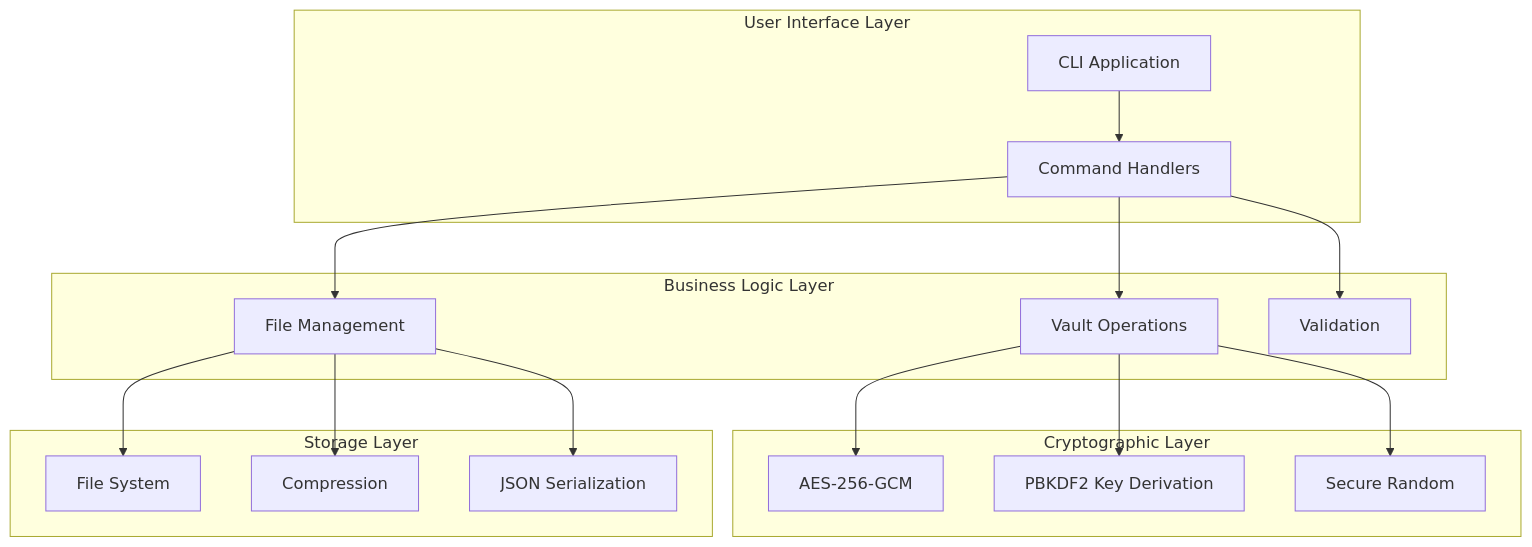
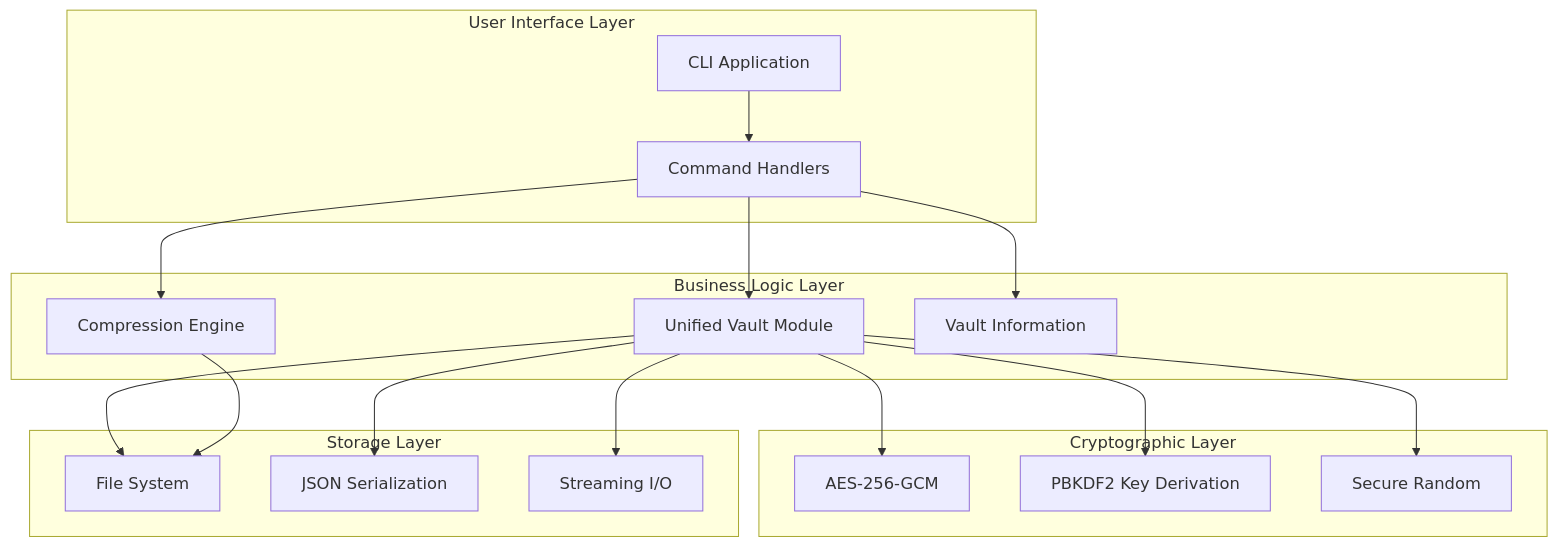
One commit to balamutik/flint-cli changed the first of 5 diagrams in docs/ARCHITECTURE.md. Above: the diagram before and after it, drawn with Mermaid. The commit also changed other lines of this file and 7 other files, not shown here.

````diff
--- a/docs/ARCHITECTURE.md
+++ b/docs/ARCHITECTURE.md
@@ -24,38 +25,39 @@
 ```mermaid
 graph TB
     subgraph "User Interface Layer"
         CLI[CLI Application]
         CMD[Command Handlers]
     end
     
     subgraph "Business Logic Layer"
-        VAULT[Vault Operations]
-        FILE[File Management]
-        VALID[Validation]
+        VAULT[Unified Vault Module]
+        COMP[Compression Engine]
+        INFO[Vault Information]
     end
     
     subgraph "Cryptographic Layer"
         AES[AES-256-GCM]
         PBKDF2[PBKDF2 Key Derivation]
         RAND[Secure Random]
     end
     
     subgraph "Storage Layer"
         FS[File System]
-        COMP[Compression]
         JSON[JSON Serialization]
+        STREAM[Streaming I/O]
     end
     
     CLI --> CMD
     CMD --> VAULT
-    CMD --> FILE
-    CMD --> VALID
+    CMD --> COMP
+    CMD --> INFO
     
     VAULT --> AES
     VAULT --> PBKDF2
     VAULT --> RAND
     
-    FILE --> FS
-    FILE --> COMP
-    FILE --> JSON
+    VAULT --> FS
+    VAULT --> JSON
+    VAULT --> STREAM
+    COMP --> FS
 ```
````
